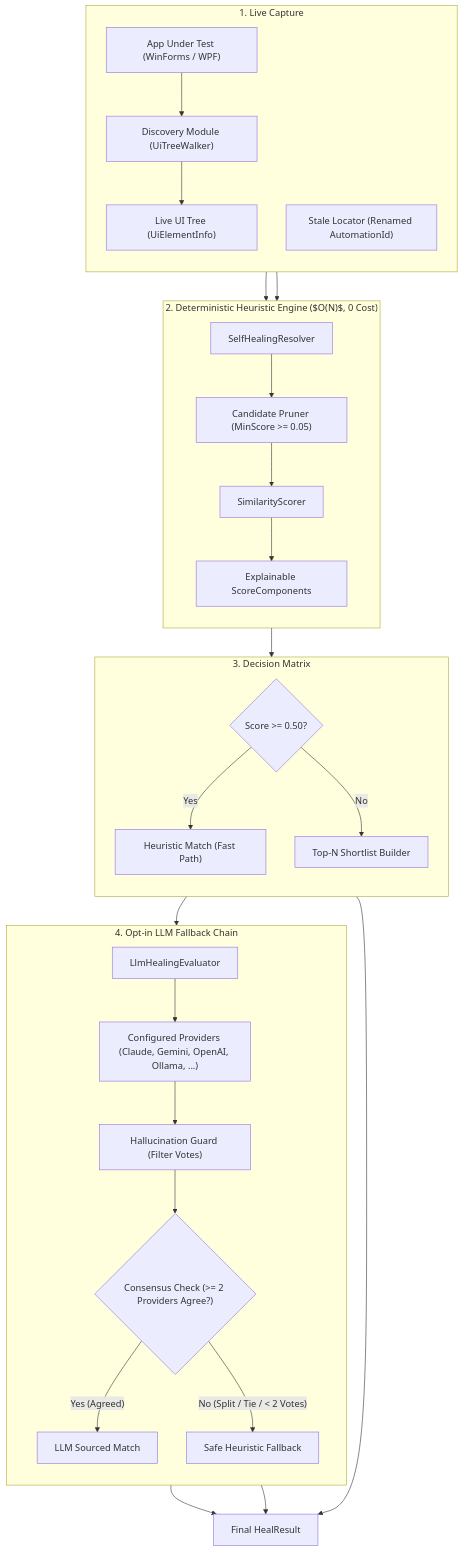
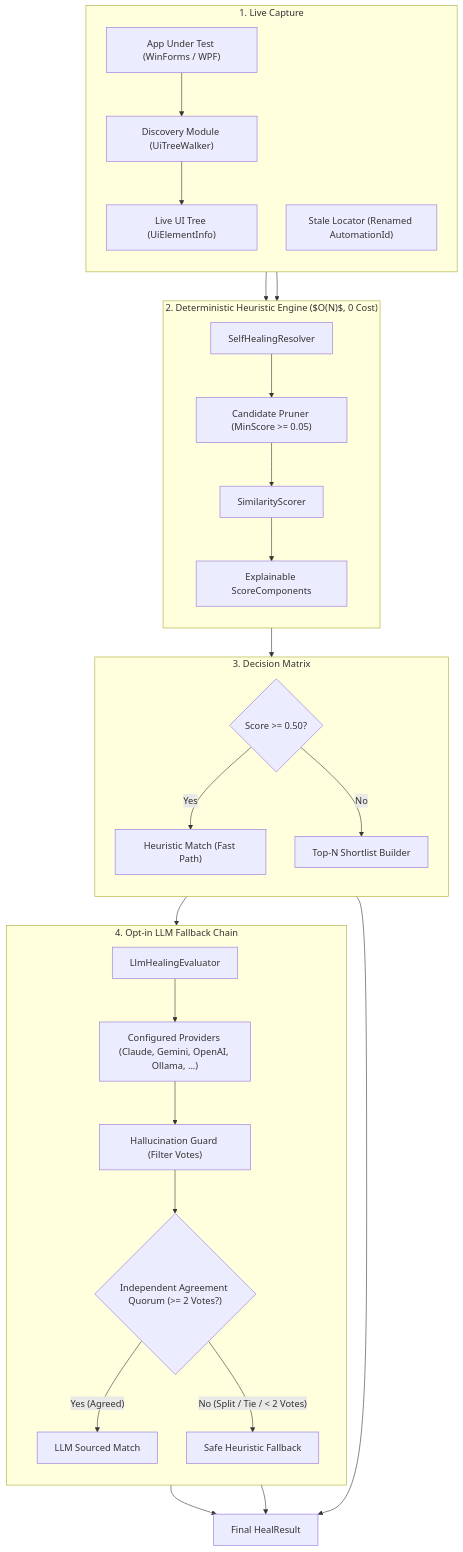
Before and after one commit to mustafasercansak/automation-sandbox: the second of 6 diagrams in PROJECT_SHOWCASE.md, drawn with Mermaid. The commit also changed other lines of this file and 5 other files, not shown here.

Commit message:
Reframe LLM consensus as model agreement (#176) (#183)

````diff
--- a/PROJECT_SHOWCASE.md
+++ b/PROJECT_SHOWCASE.md
@@ -62,53 +63,53 @@
 ```mermaid
 flowchart TB
     subgraph INPUT ["1. Live Capture"]
         direction TB
         App["App Under Test (WinForms / WPF)"]
         Walker["Discovery Module (UiTreeWalker)"]
         Snapshot["Live UI Tree (UiElementInfo)"]
         BrokenLoc["Stale Locator (Renamed AutomationId)"]
         App --> Walker --> Snapshot
     end
 
     subgraph HEURISTIC ["2. Deterministic Heuristic Engine ($O(N)$, 0 Cost)"]
         direction TB
         Resolver["SelfHealingResolver"]
         Pruner["Candidate Pruner (MinScore >= 0.05)"]
         Scorer["SimilarityScorer"]
         Breakdown["Explainable ScoreComponents"]
         Snapshot --> Resolver
         BrokenLoc --> Resolver
         Resolver --> Pruner --> Scorer --> Breakdown
     end
 
     subgraph DECISION ["3. Decision Matrix"]
         direction TB
         CheckScore{"Score >= 0.50?"}
         HeuristicMatch["Heuristic Match (Fast Path)"]
         Shortlist["Top-N Shortlist Builder"]
         Breakdown --> CheckScore
         CheckScore -->|Yes| HeuristicMatch
         CheckScore -->|No| Shortlist
     end
 
     subgraph LLM_CHAIN ["4. Opt-in LLM Fallback Chain"]
         direction TB
         Eval["LlmHealingEvaluator"]
         Providers["Configured Providers (Claude, Gemini, OpenAI, Ollama, ...)"]
         Guard["Hallucination Guard (Filter Votes)"]
-        Consensus{"Consensus Check (>= 2 Providers Agree?)"}
+        Consensus{"Independent Agreement Quorum (>= 2 Votes?)"}
         LlmMatch["LLM Sourced Match"]
         Fallback["Safe Heuristic Fallback"]
 
         Shortlist --> Eval
         Eval --> Providers
         Providers --> Guard
         Guard --> Consensus
         Consensus -->|"Yes (Agreed)"| LlmMatch
         Consensus -->|"No (Split / Tie / < 2 Votes)"| Fallback
     end
 
     HeuristicMatch --> Output["Final HealResult"]
     LlmMatch --> Output
     Fallback --> Output
 ```
````
